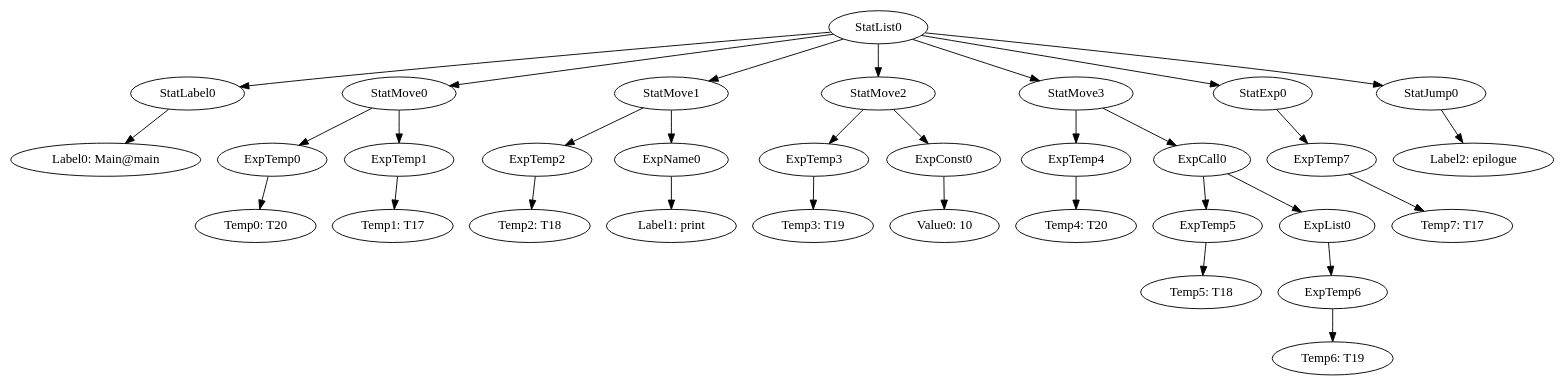
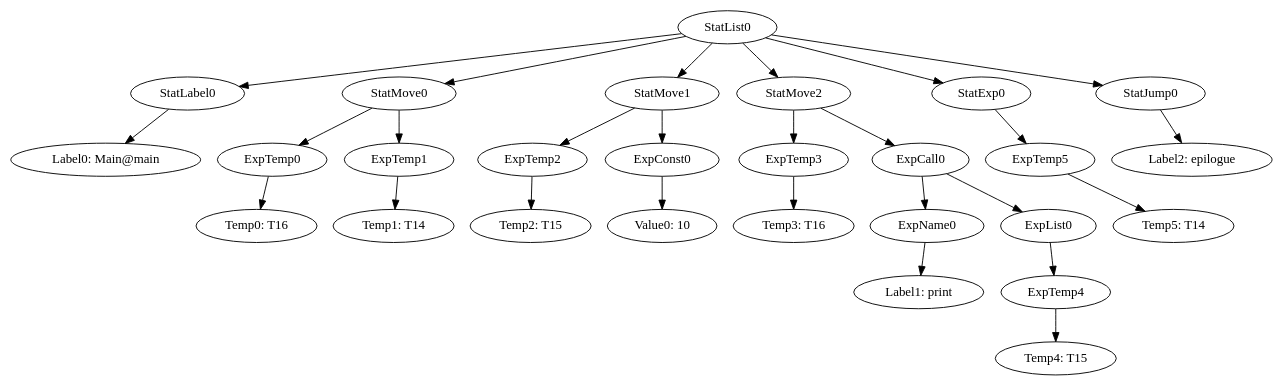
The diagram in MiniJava/results/SamplesCorrect/Simple/Main@main/blocks/0.gv (team-compilers/compilers), drawn with Graphviz before and after one commit. The commit also changed 6051 other files, not shown here.

```diff
--- a/MiniJava/results/SamplesCorrect/Simple/Main@main/blocks/0.gv
+++ b/MiniJava/results/SamplesCorrect/Simple/Main@main/blocks/0.gv
@@ -1,34 +1,29 @@
 digraph {
 	ordering = out;
-	ExpList0 -> ExpTemp6;
-	ExpTemp6 -> "Temp6: T19";
 	StatJump0 -> "Label2: epilogue";
-	ExpTemp5 -> "Temp5: T18";
-	StatMove3 -> ExpTemp4;
-	StatMove3 -> ExpCall0;
-	ExpCall0 -> ExpTemp5;
+	ExpTemp5 -> "Temp5: T14";
+	ExpList0 -> ExpTemp4;
+	ExpTemp4 -> "Temp4: T15";
+	ExpCall0 -> ExpName0;
 	ExpCall0 -> ExpList0;
-	ExpTemp4 -> "Temp4: T20";
-	ExpConst0 -> "Value0: 10";
+	ExpName0 -> "Label1: print";
 	StatMove0 -> ExpTemp0;
 	StatMove0 -> ExpTemp1;
-	StatExp0 -> ExpTemp7;
-	ExpTemp0 -> "Temp0: T20";
+	StatExp0 -> ExpTemp5;
+	ExpTemp0 -> "Temp0: T16";
 	StatList0 -> StatLabel0;
 	StatList0 -> StatMove0;
 	StatList0 -> StatMove1;
 	StatList0 -> StatMove2;
-	StatList0 -> StatMove3;
 	StatList0 -> StatExp0;
 	StatList0 -> StatJump0;
 	StatLabel0 -> "Label0: Main@main";
-	ExpTemp3 -> "Temp3: T19";
-	ExpTemp1 -> "Temp1: T17";
+	ExpConst0 -> "Value0: 10";
+	ExpTemp3 -> "Temp3: T16";
+	ExpTemp1 -> "Temp1: T14";
 	StatMove1 -> ExpTemp2;
-	StatMove1 -> ExpName0;
-	ExpTemp2 -> "Temp2: T18";
+	StatMove1 -> ExpConst0;
+	ExpTemp2 -> "Temp2: T15";
 	StatMove2 -> ExpTemp3;
-	StatMove2 -> ExpConst0;
-	ExpTemp7 -> "Temp7: T17";
-	ExpName0 -> "Label1: print";
+	StatMove2 -> ExpCall0;
 }
```
